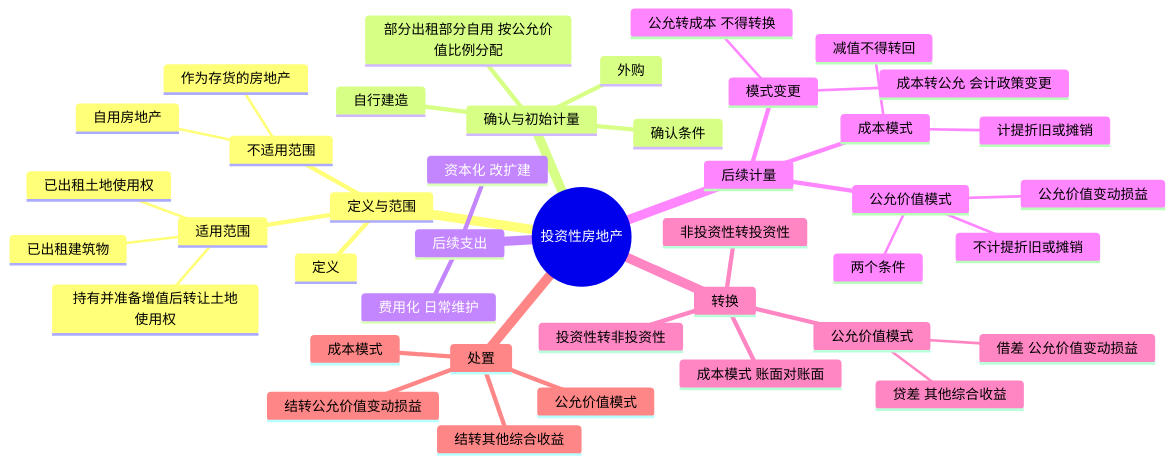
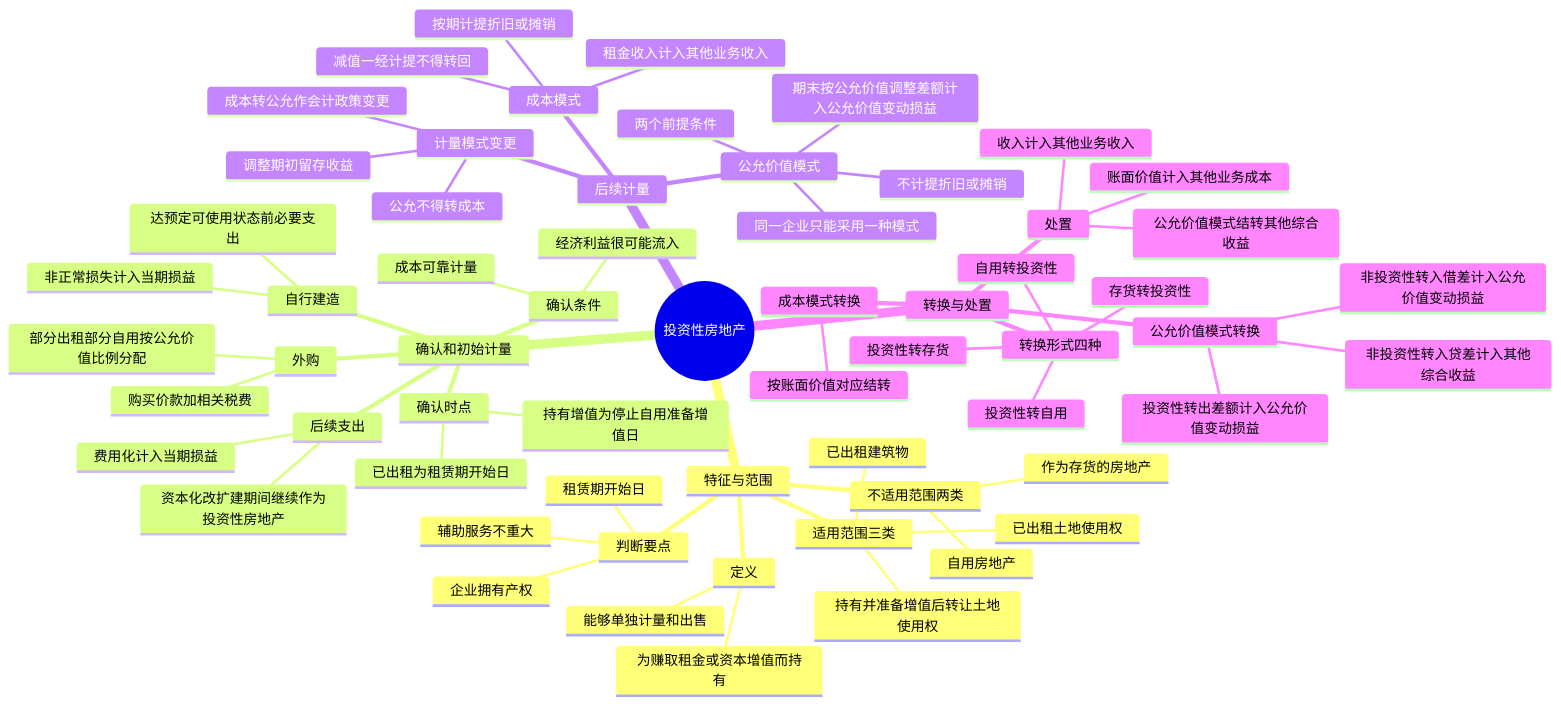
The diagram in content/learn/cpa/02-accounting/05-investment-property.md (106-official/deepsleep-blog), drawn with Mermaid before and after one commit. The commit also changed other lines of this file and 149 other files, not shown here.

````diff
--- a/content/learn/cpa/02-accounting/05-investment-property.md
+++ b/content/learn/cpa/02-accounting/05-investment-property.md
@@ -33,44 +56,65 @@
 ```mermaid
 mindmap
   root((投资性房地产))
-    定义与范围
+    特征与范围
       定义
-      适用范围
+        为赚取租金或资本增值而持有
+        能够单独计量和出售
+      适用范围三类
         已出租土地使用权
         持有并准备增值后转让土地使用权
         已出租建筑物
-      不适用范围
+      不适用范围两类
         自用房地产
         作为存货的房地产
-    确认与初始计量
+      判断要点
+        企业拥有产权
+        租赁期开始日
+        辅助服务不重大
+    确认和初始计量
       确认条件
+        经济利益很可能流入
+        成本可靠计量
+      确认时点
+        已出租为租赁期开始日
+        持有增值为停止自用准备增值日
       外购
+        购买价款加相关税费
+        部分出租部分自用按公允价值比例分配
       自行建造
-      部分出租部分自用 按公允价值比例分配
-    后续支出
-      资本化 改扩建
-      费用化 日常维护
+        达预定可使用状态前必要支出
+        非正常损失计入当期损益
+      后续支出
+        资本化改扩建期间继续作为投资性房地产
+        费用化计入当期损益
     后续计量
       成本模式
-        计提折旧或摊销
-        减值不得转回
+        按期计提折旧或摊销
+        减值一经计提不得转回
+        租金收入计入其他业务收入
       公允价值模式
         不计提折旧或摊销
-        公允价值变动损益
-        两个条件
-      模式变更
-        成本转公允 会计政策变更
-        公允转成本 不得转换
-    转换
-      投资性转非投资性
-      非投资性转投资性
-      成本模式 账面对账面
-      公允价值模式
-        借差 公允价值变动损益
-        贷差 其他综合收益
-    处置
-      成本模式
-      公允价值模式
-      结转其他综合收益
-      结转公允价值变动损益
+        期末按公允价值调整差额计入公允价值变动损益
+        两个前提条件
+        同一企业只能采用一种模式
+      计量模式变更
+        成本转公允作会计政策变更
+        调整期初留存收益
+        公允不得转成本
+    转换与处置
+      转换形式四种
+        投资性转自用
+        投资性转存货
+        存货转投资性
+        自用转投资性
+      成本模式转换
+        按账面价值对应结转
+      公允价值模式转换
+        投资性转出差额计入公允价值变动损益
+        非投资性转入借差计入公允价值变动损益
+        非投资性转入贷差计入其他综合收益
+      处置
+        收入计入其他业务收入
+        账面价值计入其他业务成本
+        公允价值模式结转其他综合收益
 ```
````
